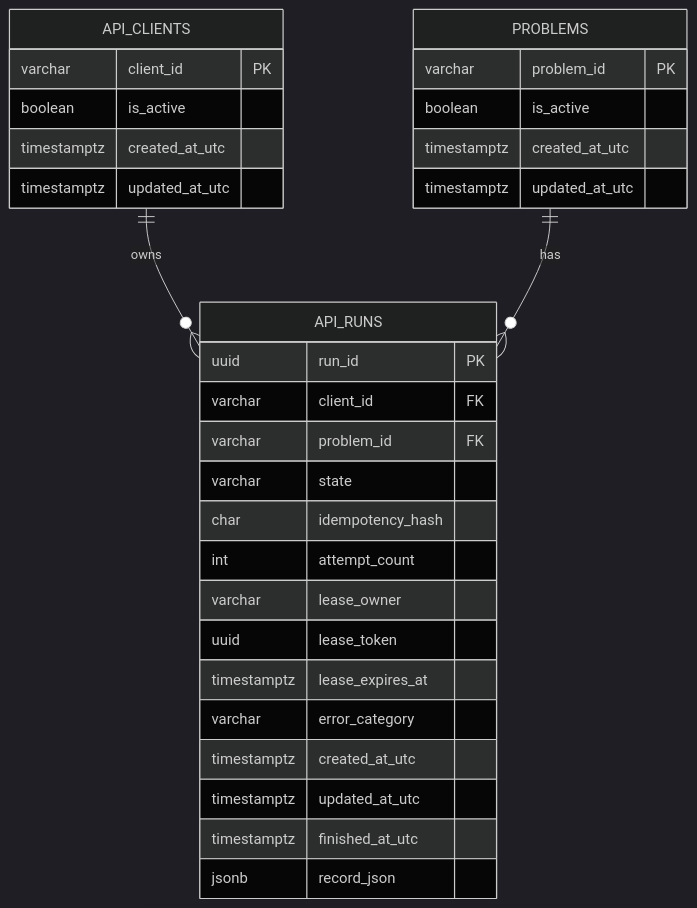
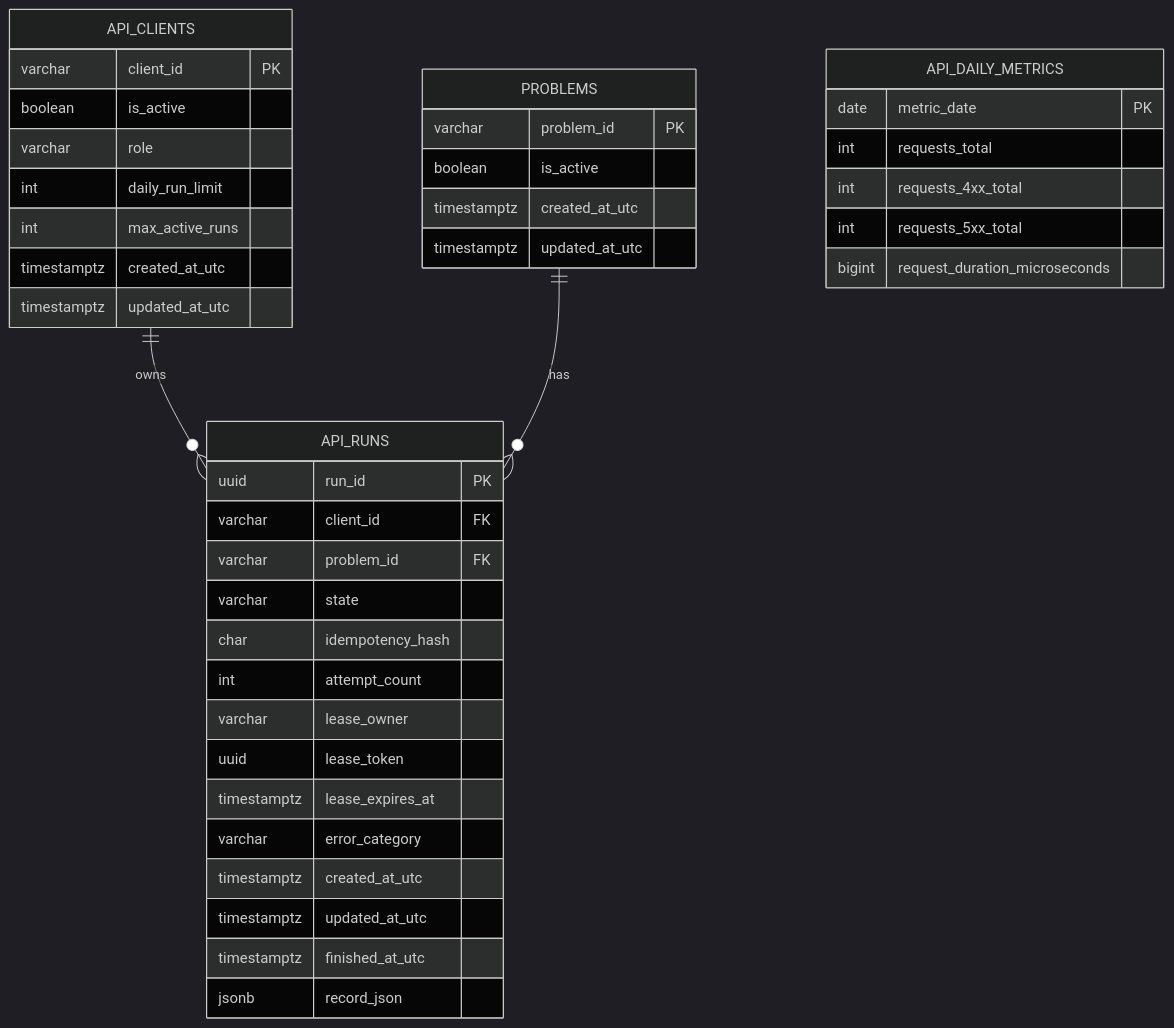
Before and after one commit to Abhishek-Gond-1387/Abacus: the diagram in docs/database-architecture.md, drawn with Mermaid (dark theme). The commit also changed other lines of this file and 18 other files, not shown here.

````diff
--- a/docs/database-architecture.md
+++ b/docs/database-architecture.md
@@ -13,33 +13,43 @@
 ```mermaid
 erDiagram
     API_CLIENTS ||--o{ API_RUNS : owns
     PROBLEMS ||--o{ API_RUNS : has
     API_CLIENTS {
         varchar client_id PK
         boolean is_active
+        varchar role
+        int daily_run_limit
+        int max_active_runs
         timestamptz created_at_utc
         timestamptz updated_at_utc
     }
     PROBLEMS {
         varchar problem_id PK
         boolean is_active
         timestamptz created_at_utc
         timestamptz updated_at_utc
     }
     API_RUNS {
         uuid run_id PK
         varchar client_id FK
         varchar problem_id FK
         varchar state
         char idempotency_hash
         int attempt_count
         varchar lease_owner
         uuid lease_token
         timestamptz lease_expires_at
         varchar error_category
         timestamptz created_at_utc
         timestamptz updated_at_utc
         timestamptz finished_at_utc
         jsonb record_json
     }
+    API_DAILY_METRICS {
+        date metric_date PK
+        int requests_total
+        int requests_4xx_total
+        int requests_5xx_total
+        bigint request_duration_microseconds
+    }
 ```
````
